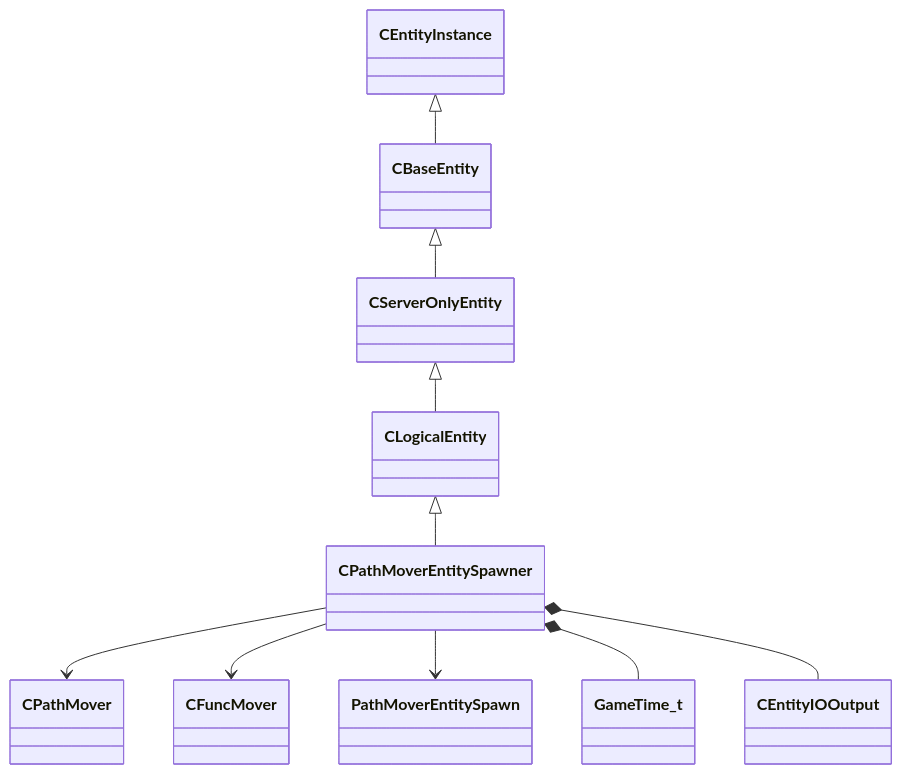
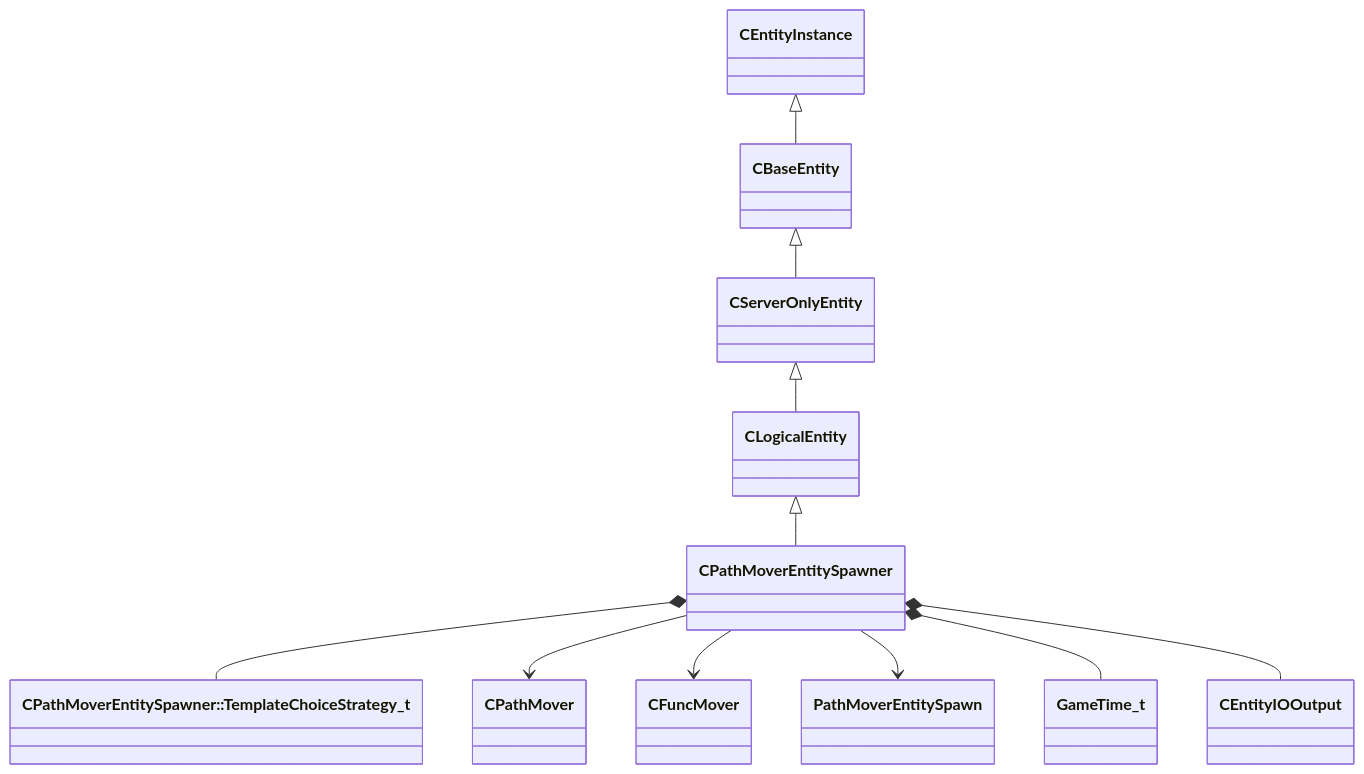
One commit to CS2OpenDev/CS2OpenDev-Docs changed the diagram in docs/generated/schemas/server/CPathMoverEntitySpawner.md. Above: the diagram before and after it, drawn with Mermaid. The commit also changed other lines of this file and 4654 other files, not shown here.

Commit message:
docs: regenerate for SchemaTracker build 25947352 [skip ci]

````diff
--- a/docs/generated/schemas/server/CPathMoverEntitySpawner.md
+++ b/docs/generated/schemas/server/CPathMoverEntitySpawner.md
@@ -19,12 +19,13 @@
 ```mermaid
 classDiagram
     CLogicalEntity <|-- CPathMoverEntitySpawner
     CServerOnlyEntity <|-- CLogicalEntity
     CBaseEntity <|-- CServerOnlyEntity
     CEntityInstance <|-- CBaseEntity
+    CPathMoverEntitySpawner *-- `CPathMoverEntitySpawner::TemplateChoiceStrategy_t`
     CPathMoverEntitySpawner --> CPathMover
     CPathMoverEntitySpawner --> CFuncMover
     CPathMoverEntitySpawner --> PathMoverEntitySpawn
     CPathMoverEntitySpawner *-- GameTime_t
     CPathMoverEntitySpawner *-- CEntityIOOutput
 ```
````
